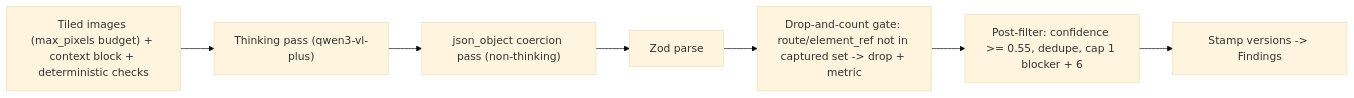
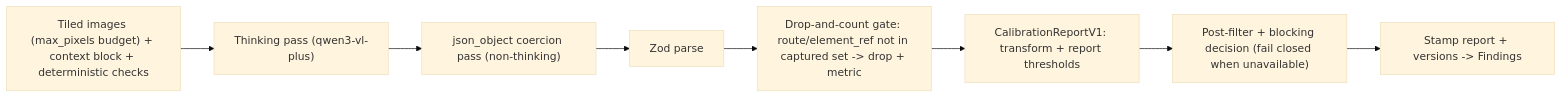
The third of 4 diagrams in ARCHITECTURE.md (apatureai/judgment-engine), drawn with Mermaid (base theme) before and after one commit. The commit also changed other lines of this file and 44 other files, not shown here.

First line of the commit message:
Eval: bind CalibrationReportV1 to runtime confidence (#167)

````diff
--- a/ARCHITECTURE.md
+++ b/ARCHITECTURE.md
@@ -96,9 +96,10 @@
 ```mermaid
 flowchart LR
   A["Tiled images (max_pixels budget) + context block + deterministic checks"] --> B["Thinking pass (qwen3-vl-plus)"]
   B --> C["json_object coercion pass (non-thinking)"]
   C --> D["Zod parse"]
   D --> E["Drop-and-count gate: route/element_ref not in captured set -> drop + metric"]
-  E --> F["Post-filter: confidence >= 0.55, dedupe, cap 1 blocker + 6"]
-  F --> G["Stamp versions -> Findings"]
+  E --> F["CalibrationReportV1: transform + report thresholds"]
+  F --> G["Post-filter + blocking decision (fail closed when unavailable)"]
+  G --> H["Stamp report + versions -> Findings"]
 ```
````
